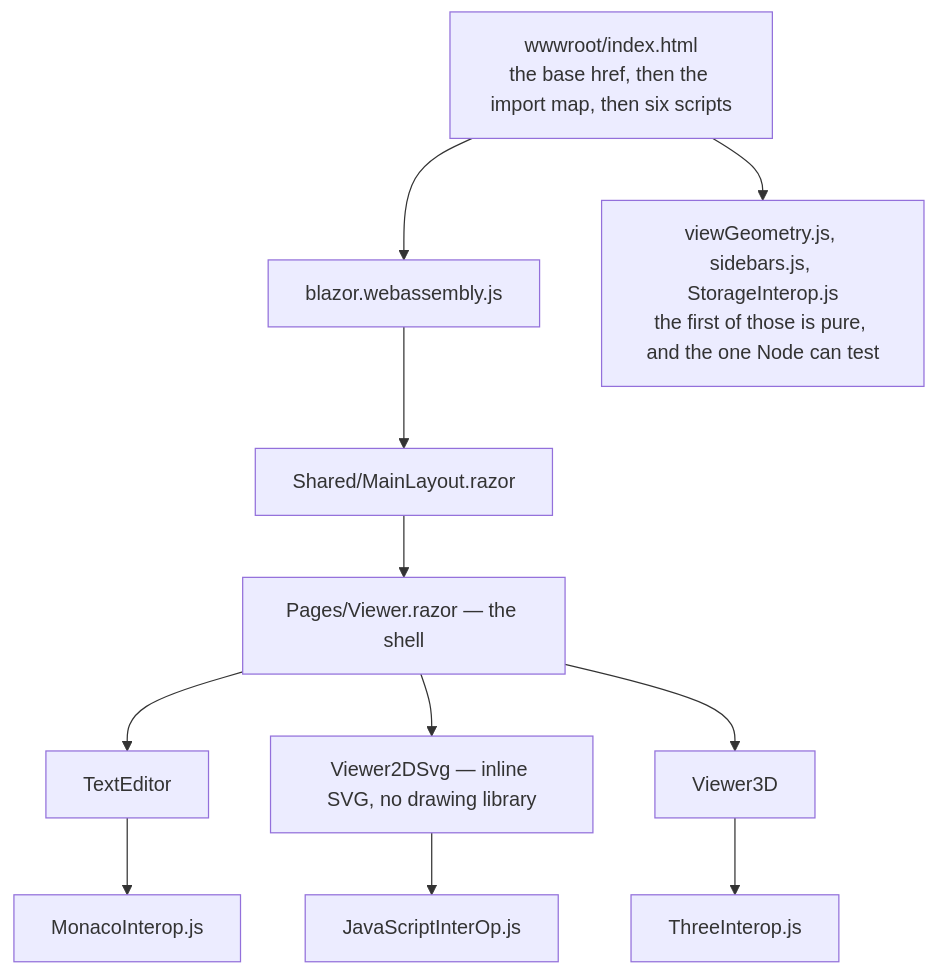
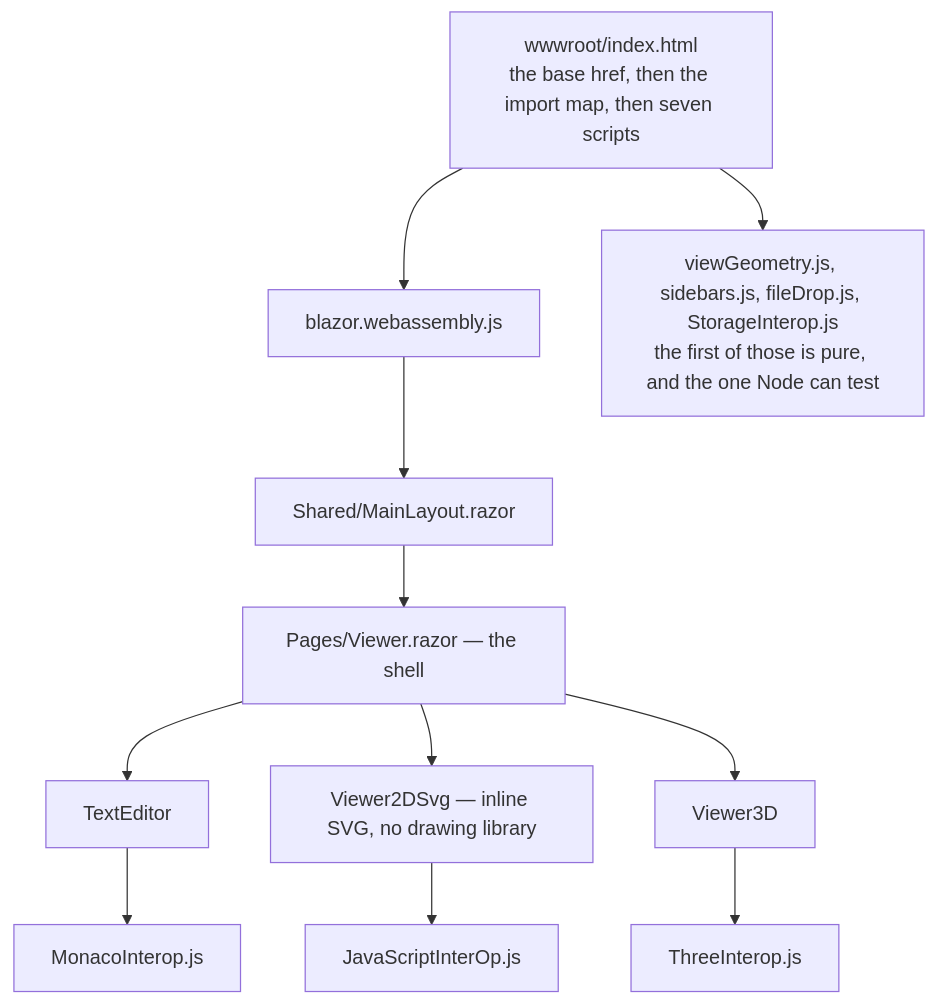
Before and after one commit to EECSB/GDSViewer: the third of 7 diagrams in docs/DOCUMENTATION.md, drawn with Mermaid. The commit also changed other lines of this file and 108 other files, not shown here.

````diff
--- a/docs/DOCUMENTATION.md
+++ b/docs/DOCUMENTATION.md
@@ -139,14 +140,14 @@
 ```mermaid
 flowchart TD
-    Host["wwwroot/index.html<br>the base href, then the import map, then six scripts"]
+    Host["wwwroot/index.html<br>the base href, then the import map, then seven scripts"]
     Host --> Boot["blazor.webassembly.js"]
-    Host --> Beside["viewGeometry.js, sidebars.js, StorageInterop.js<br>the first of those is pure, and the one Node can test"]
+    Host --> Beside["viewGeometry.js, sidebars.js, fileDrop.js, StorageInterop.js<br>the first of those is pure, and the one Node can test"]
     Boot --> Layout["Shared/MainLayout.razor"]
     Layout --> Shell["Pages/Viewer.razor — the shell"]
     Shell --> TextView["TextEditor"]
     Shell --> View2D["Viewer2DSvg — inline SVG, no drawing library"]
     Shell --> View3D["Viewer3D"]
     TextView --> Monaco["MonacoInterop.js"]
     View2D --> Interop["JavaScriptInterOp.js"]
     View3D --> Three["ThreeInterop.js"]
 ```
````
